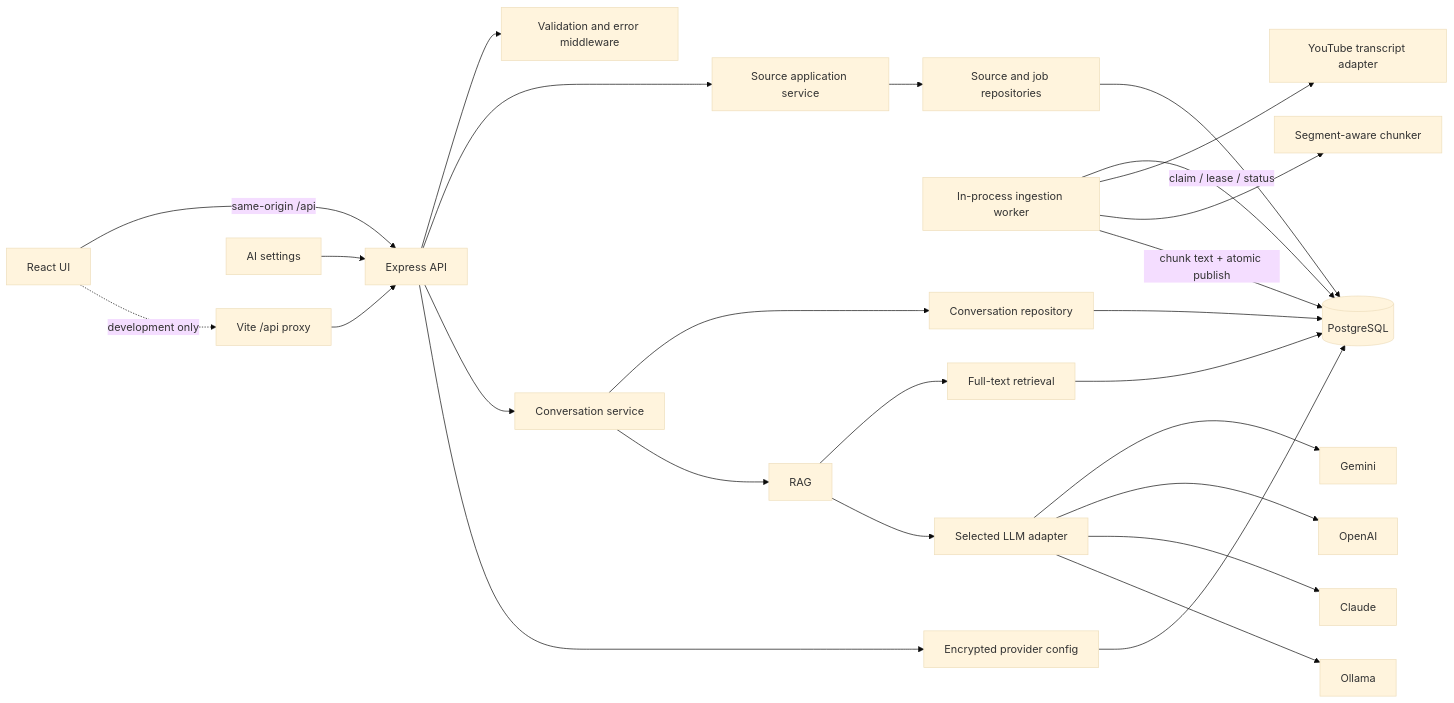
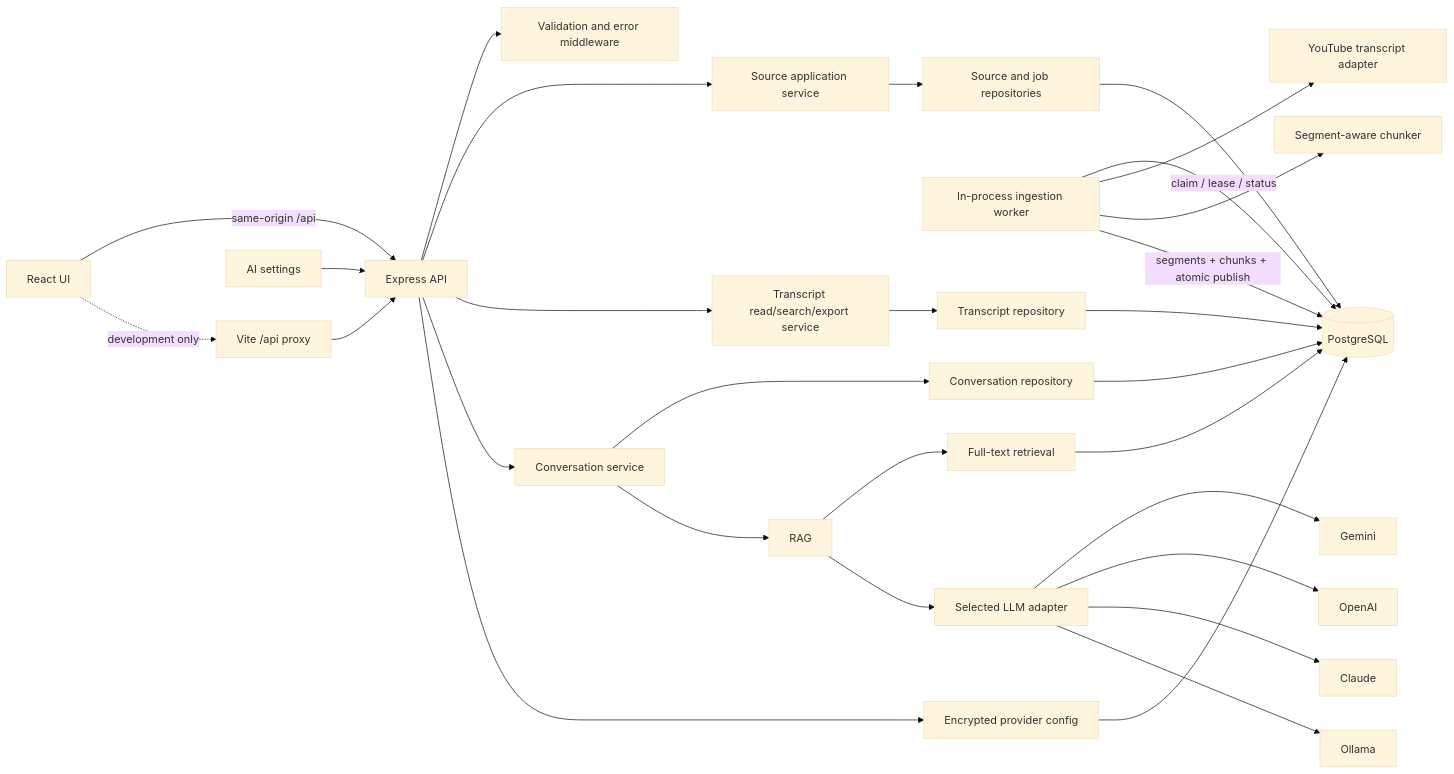
One commit to iamgauravjoshi/VidScribe changed the diagram in docs/PROJECT.md. Above: the diagram before and after it, drawn with Mermaid (base theme). The commit also changed other lines of this file and 42 other files, not shown here.

````diff
--- a/docs/PROJECT.md
+++ b/docs/PROJECT.md
@@ -27,28 +29,31 @@
 ```mermaid
 flowchart LR
   Browser[React UI] -->|same-origin /api| API[Express API]
   Browser -. development only .-> Vite[Vite /api proxy]
   Vite --> API
   API --> Validator[Validation and error middleware]
   API --> SourceService[Source application service]
   SourceService --> SourceRepo[Source and job repositories]
   SourceRepo --> DB[(PostgreSQL)]
   Worker[In-process ingestion worker] -->|claim / lease / status| DB
   Worker --> Transcript[YouTube transcript adapter]
   Worker --> Chunk[Segment-aware chunker]
-  Worker -->|chunk text + atomic publish| DB
+  Worker -->|segments + chunks + atomic publish| DB
+  API --> TranscriptService[Transcript read/search/export service]
+  TranscriptService --> TranscriptRepo[Transcript repository]
+  TranscriptRepo --> DB
   API --> Conversation[Conversation service]
   Conversation --> ConversationRepo[Conversation repository]
   ConversationRepo --> DB
   Conversation --> RAG
   RAG --> Search[Full-text retrieval]
   Search --> DB
   RAG --> Provider[Selected LLM adapter]
   Provider --> Gemini[Gemini]
   Provider --> OpenAI[OpenAI]
   Provider --> Claude[Claude]
   Provider --> Ollama
   Settings[AI settings] --> API
   API --> ProviderConfig[Encrypted provider config]
   ProviderConfig --> DB
 ```
````
